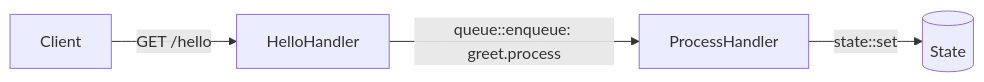
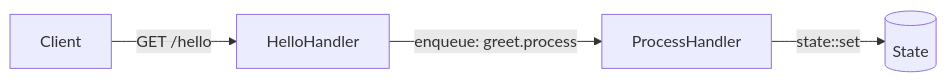
Before and after one commit to iii-hq/docs: the diagram in content/examples/hello-world.mdx, drawn with Mermaid. The commit also changed other lines of this file and 27 other files, not shown here.

````diff
--- a/content/examples/hello-world.mdx
+++ b/content/examples/hello-world.mdx
@@ -9,6 +9,6 @@
 ```mermaid
 graph LR
     Client -->|"GET /hello"| HelloHandler
-    HelloHandler -->|"queue::enqueue: greet.process"| ProcessHandler
+    HelloHandler -->|"enqueue: greet.process"| ProcessHandler
     ProcessHandler -->|"state::set"| State[(State)]
 ```
````
